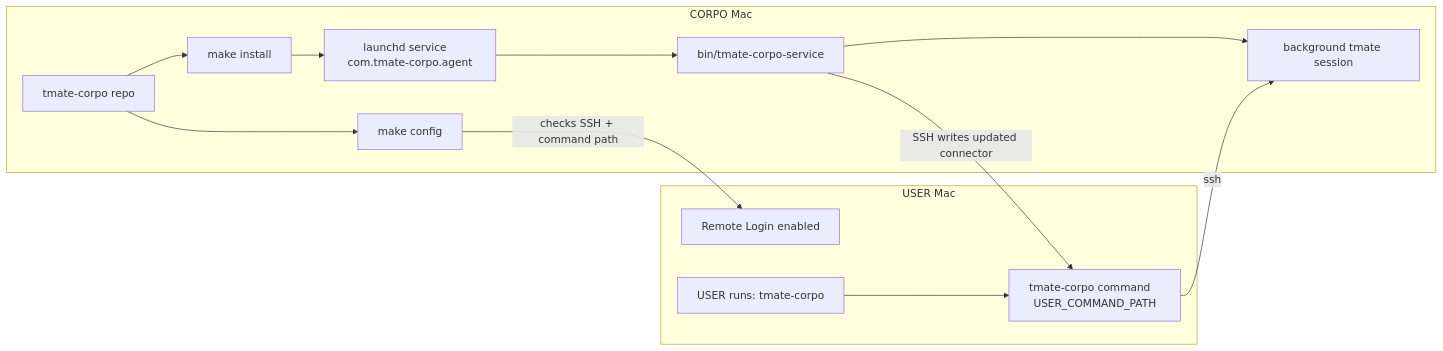
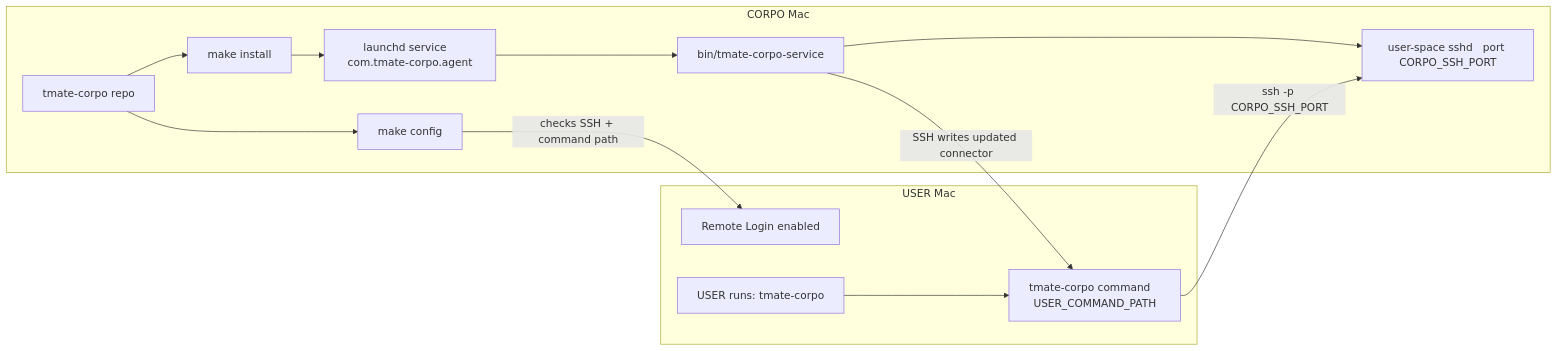
Before and after one commit to levankhelo/tmate-corpo: the diagram in README.md, drawn with Mermaid. The commit also changed other lines of this file and 5 other files, not shown here.

Commit message:
feat: implement user-space sshd instead of tmate

````diff
--- a/README.md
+++ b/README.md
@@ -15,27 +15,27 @@
 ```mermaid
 flowchart LR
   subgraph CORPO["CORPO Mac"]
     repo["tmate-corpo repo"]
     makeConfig["make config"]
     makeInstall["make install"]
     launchd["launchd service   com.tmate-corpo.agent"]
     service["bin/tmate-corpo-service"]
-    tmate["background tmate session"]
+    sshd["user-space sshd   port CORPO_SSH_PORT"]
   end
 
   subgraph USER["USER Mac"]
     remoteLogin["Remote Login enabled"]
     command["tmate-corpo command   USER_COMMAND_PATH"]
     userRun["USER runs:   tmate-corpo"]
   end
 
   repo --> makeConfig
   makeConfig -->|"checks SSH + command path"| remoteLogin
   repo --> makeInstall
   makeInstall --> launchd
   launchd --> service
-  service --> tmate
+  service --> sshd
   service -->|"SSH writes updated connector"| command
   userRun --> command
-  command -->|"ssh <tmate-session>"| tmate
+  command -->|"ssh -p CORPO_SSH_PORT"| sshd
 ```
````
